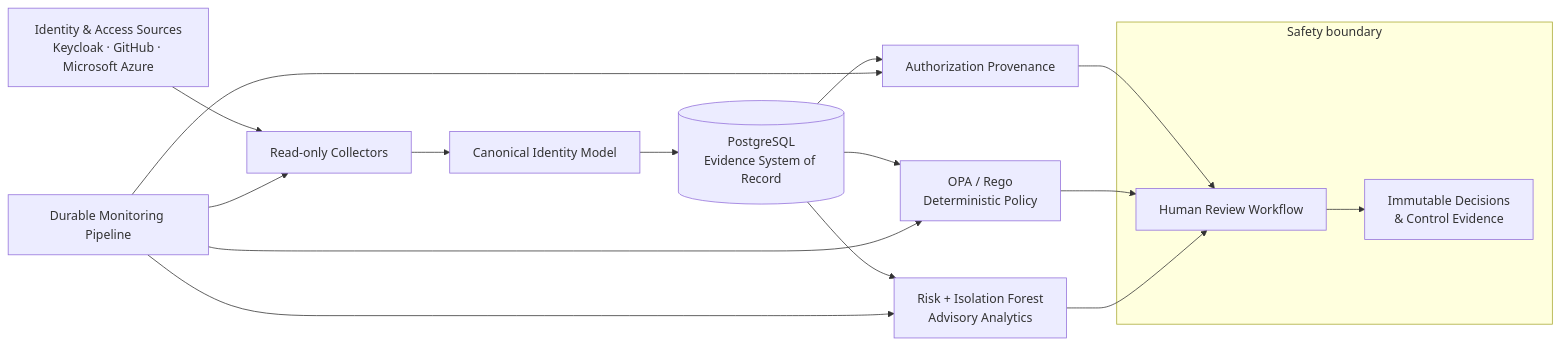
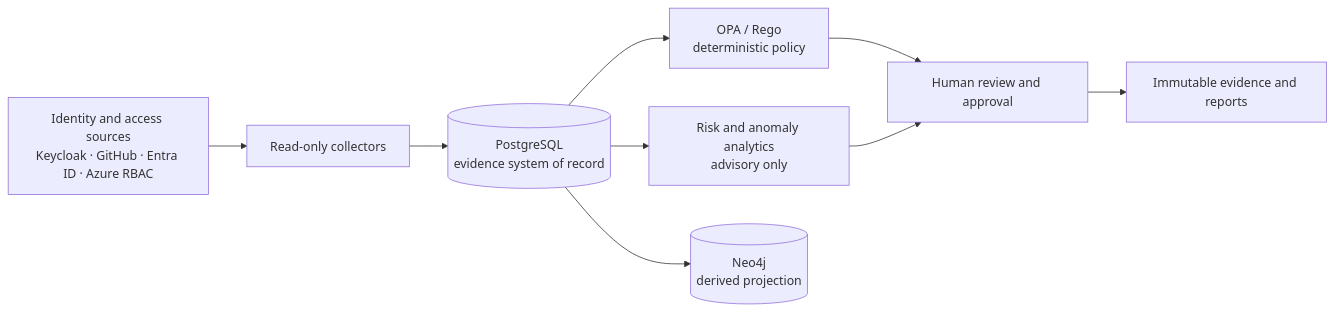
Before and after one commit to Samuelabhinav37/Athena: the diagram in README.md, drawn with Mermaid. The commit also changed other lines of this file and 1 other file, not shown here.

````diff
--- a/README.md
+++ b/README.md
@@ -47,25 +69,17 @@
 ```mermaid
 flowchart LR
-    Sources["Identity & Access Sources<br/>Keycloak · GitHub · Microsoft Azure"] --> Collect["Read-only Collectors"]
-    Collect --> Normalize["Canonical Identity Model"]
-    Normalize --> DB[(PostgreSQL<br/>Evidence System of Record)]
+    Sources["Identity and access sources<br/>Keycloak · GitHub · Entra ID · Azure RBAC"]
+    Collectors["Read-only collectors"]
+    Evidence[("PostgreSQL<br/>evidence system of record")]
+    Policy["OPA / Rego<br/>deterministic policy"]
+    Analytics["Risk and anomaly analytics<br/>advisory only"]
+    Review["Human review and approval"]
+    Reports["Immutable evidence and reports"]
+    Graph[("Neo4j<br/>derived projection")]
 
-    DB --> Provenance["Authorization Provenance"]
-    DB --> Policy["OPA / Rego<br/>Deterministic Policy"]
-    DB --> Analytics["Risk + Isolation Forest<br/>Advisory Analytics"]
-
-    Provenance --> Review["Human Review Workflow"]
-    Policy --> Review
-    Analytics --> Review
-    Review --> Evidence["Immutable Decisions<br/>& Control Evidence"]
-
-    Scheduler["Durable Monitoring Pipeline"] --> Collect
-    Scheduler --> Provenance
-    Scheduler --> Policy
-    Scheduler --> Analytics
-
-    subgraph Safety["Safety boundary"]
-        Review
-        Evidence
-    end
+    Sources --> Collectors --> Evidence
+    Evidence --> Policy --> Review
+    Evidence --> Analytics --> Review
+    Evidence --> Graph
+    Review --> Reports
 ```
````
